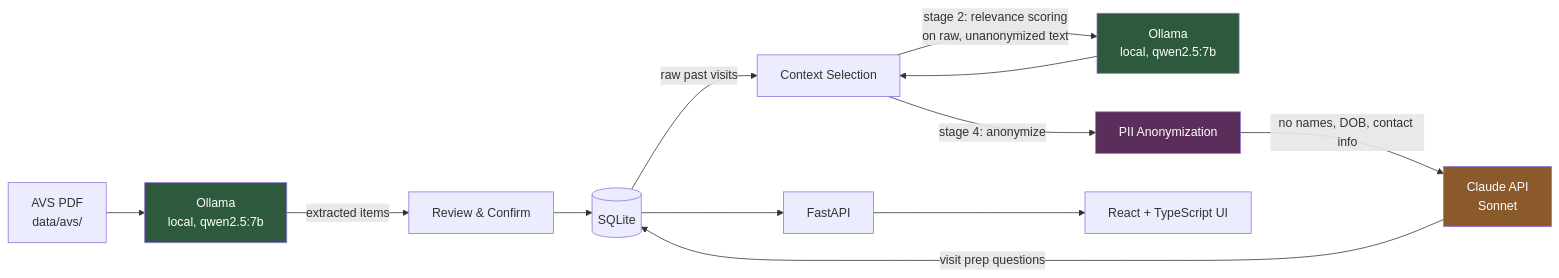
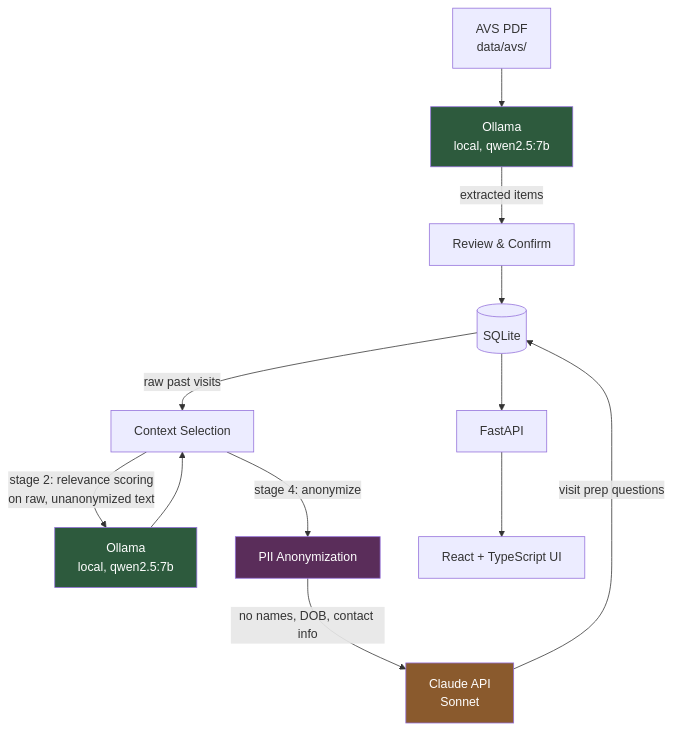
The diagram in README.md (nidhi-menon/HealthSteward), drawn with Mermaid before and after one commit.

Commit message:
Switch architecture diagram to top-down layout
Left-to-right layout was wide enough that GitHub's Mermaid viewer
controls overlapped the Claude API box.

````diff
--- a/README.md
+++ b/README.md
@@ -48,21 +48,21 @@
 ```mermaid
-flowchart LR
+flowchart TD
     PDF[AVS PDF<br/>data/avs/] --> OllamaParse[Ollama<br/>local, qwen2.5:7b]
     OllamaParse -->|extracted items| Review[Review & Confirm]
     Review --> DB[(SQLite)]
 
     DB -->|raw past visits| Select[Context Selection]
     Select -->|stage 2: relevance scoring<br/>on raw, unanonymized text| OllamaScore[Ollama<br/>local, qwen2.5:7b]
     OllamaScore --> Select
     Select -->|stage 4: anonymize| Anon[PII Anonymization]
     Anon -->|no names, DOB, contact info| Claude[Claude API<br/>Sonnet]
     Claude -->|visit prep questions| DB
 
     DB --> API[FastAPI]
     API --> UI[React + TypeScript UI]
 
     style OllamaParse fill:#2d5a3d,color:#fff
     style OllamaScore fill:#2d5a3d,color:#fff
     style Claude fill:#8a5a2d,color:#fff
     style Anon fill:#5a2d5a,color:#fff
 ```
````
